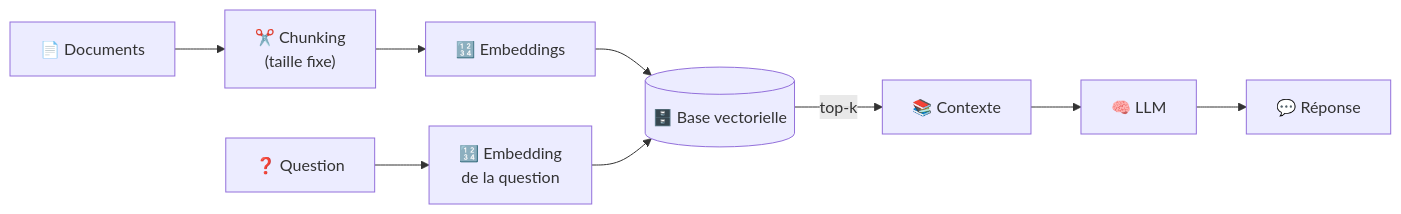
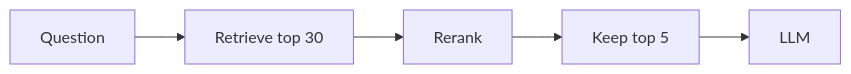
The fourth of 5 diagrams in docs/chapitre-7-rag/concepts.md (FTurleque/doc-utilisation-ia), drawn with Mermaid before and after one commit. The commit also changed other lines of this file and 261 other files, not shown here.

````diff
--- a/docs/chapitre-7-rag/concepts.md
+++ b/docs/chapitre-7-rag/concepts.md
@@ -94,12 +148,7 @@
 ```mermaid
 graph LR
-    DOC["📄 Documents"] --> CHUNK["✂️ Chunking\n(taille fixe)"]
-    CHUNK --> EMB["🔢 Embeddings"]
-    EMB --> VDB[("🗄️ Base vectorielle")]
-
-    Q["❓ Question"] --> QEMB["🔢 Embedding\nde la question"]
-    QEMB --> VDB
-    VDB -->|"top-k"| CTX["📚 Contexte"]
-    CTX --> LLM["🧠 LLM"]
-    LLM --> ANS["💬 Réponse"]
+    Q["Question"] --> R["Retrieve top 30"]
+    R --> RR["Rerank"]
+    RR --> K["Keep top 5"]
+    K --> LLM["LLM"]
 ```
````
